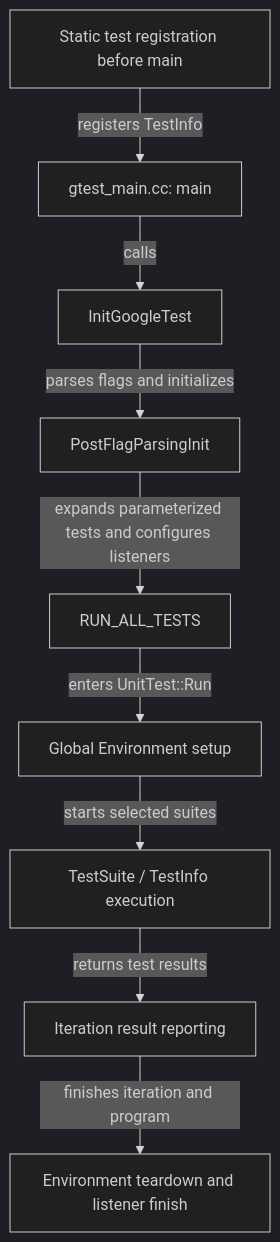
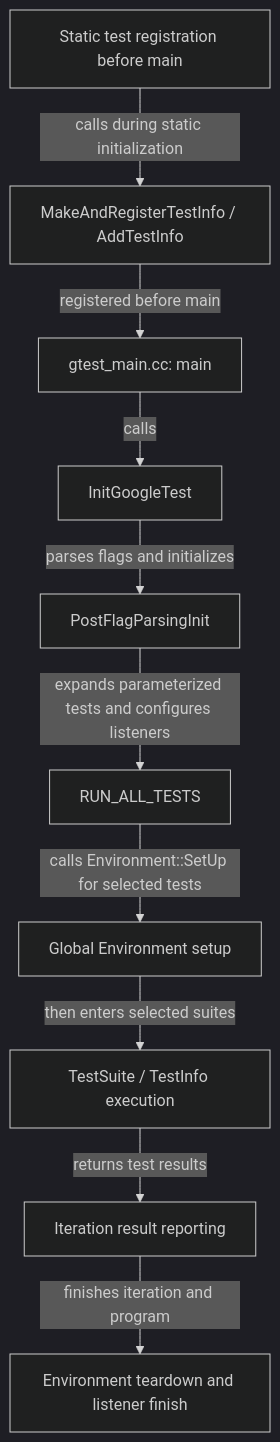
The first of 3 diagrams in docs/wiki/_plugin_v2_0_10_retest/03_test_execution_lifecycle.md (maxiaoxuxu/googletest), drawn with Mermaid (dark theme) before and after one commit. The commit also changed other lines of this file and 2 other files, not shown here.

Commit message:
Tighten lifecycle diagram-to-source relationship mapping

````diff
--- a/docs/wiki/_plugin_v2_0_10_retest/03_test_execution_lifecycle.md
+++ b/docs/wiki/_plugin_v2_0_10_retest/03_test_execution_lifecycle.md
@@ -39,20 +39,22 @@
 ```mermaid
 graph TD
     REG["Static test registration before main"]
+    MAKE_REG["MakeAndRegisterTestInfo / AddTestInfo"]
     MAIN["gtest_main.cc: main"]
     INIT["InitGoogleTest"]
     POST["PostFlagParsingInit"]
     RUN["RUN_ALL_TESTS"]
     GLOBAL["Global Environment setup"]
     SUITES["TestSuite / TestInfo execution"]
     REPORT["Iteration result reporting"]
     CLEAN["Environment teardown and listener finish"]
-    REG -->|registers TestInfo| MAIN
+    REG -->|calls during static initialization| MAKE_REG
+    MAKE_REG -->|registered before main| MAIN
     MAIN -->|calls| INIT
     INIT -->|parses flags and initializes| POST
     POST -->|expands parameterized tests and configures listeners| RUN
-    RUN -->|enters UnitTest::Run| GLOBAL
-    GLOBAL -->|starts selected suites| SUITES
+    RUN -->|calls Environment::SetUp for selected tests| GLOBAL
+    GLOBAL -->|then enters selected suites| SUITES
     SUITES -->|returns test results| REPORT
     REPORT -->|finishes iteration and program| CLEAN
 ```
````
